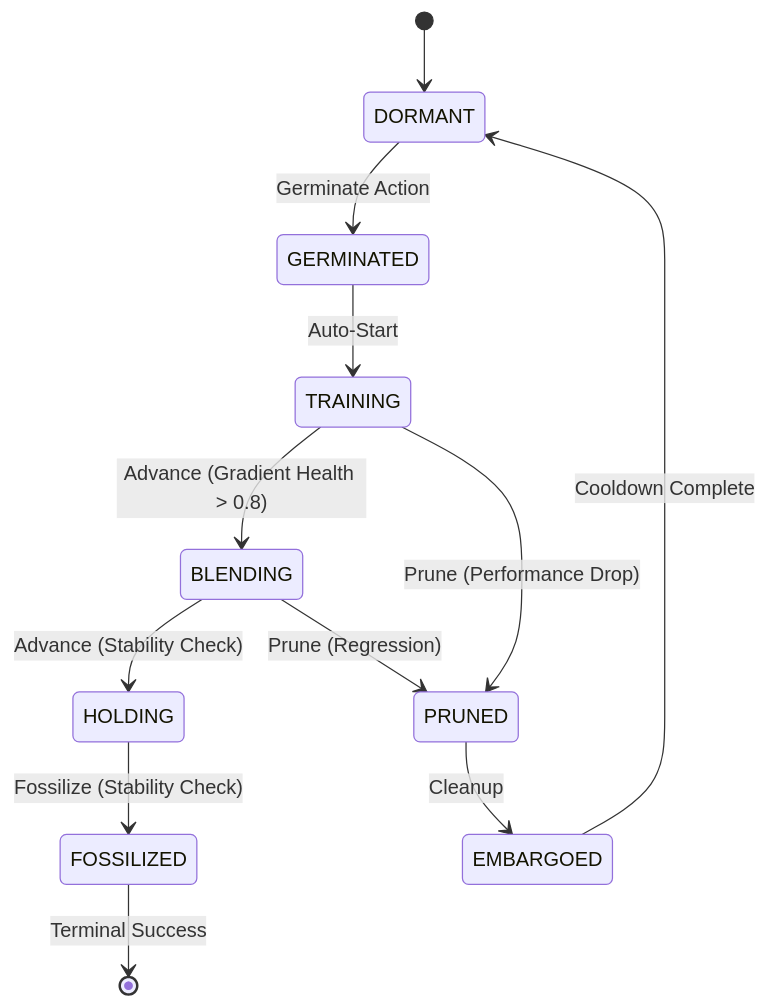
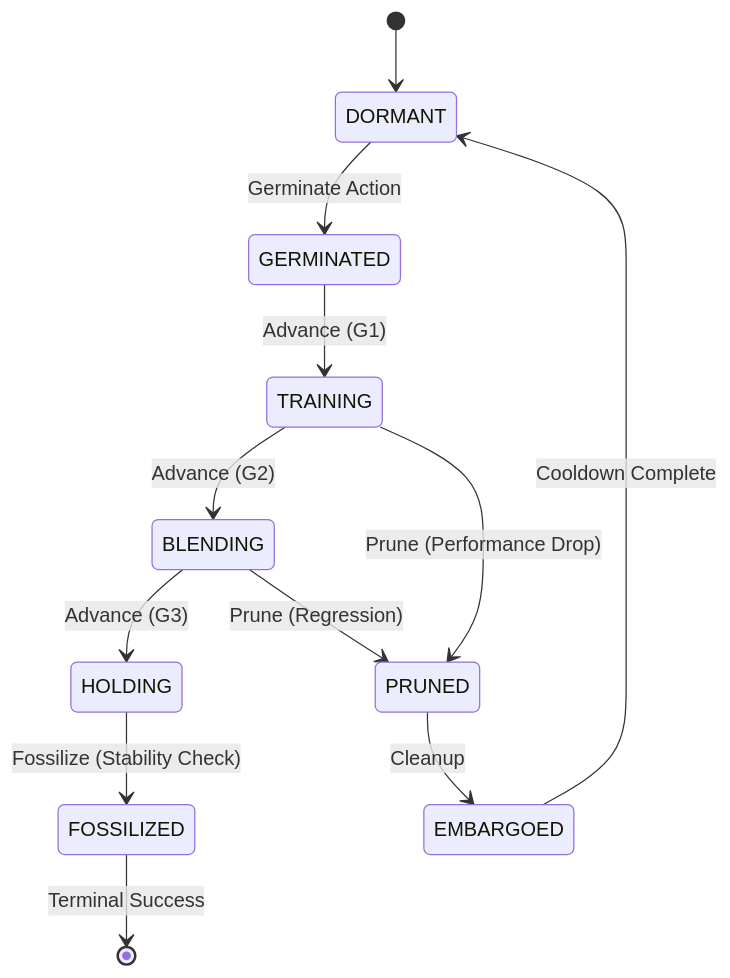
One commit to tachyon-beep/esper-lite changed the diagram in README.md. Above: the diagram before and after it, drawn with Mermaid. The commit also changed 107 other files, not shown here.

````diff
--- a/README.md
+++ b/README.md
@@ -79,14 +79,14 @@
 ```mermaid
 stateDiagram-v2
     [*] --> DORMANT
     DORMANT --> GERMINATED: Germinate Action
-    GERMINATED --> TRAINING: Auto-Start
-    TRAINING --> BLENDING: Advance (Gradient Health > 0.8)
+    GERMINATED --> TRAINING: Advance (G1)
+    TRAINING --> BLENDING: Advance (G2)
     TRAINING --> PRUNED: Prune (Performance Drop)
-    BLENDING --> HOLDING: Advance (Stability Check)
+    BLENDING --> HOLDING: Advance (G3)
     BLENDING --> PRUNED: Prune (Regression)
     HOLDING --> FOSSILIZED: Fossilize (Stability Check)
     FOSSILIZED --> [*]: Terminal Success
     PRUNED --> EMBARGOED: Cleanup
     EMBARGOED --> DORMANT: Cooldown Complete
 ```
````
